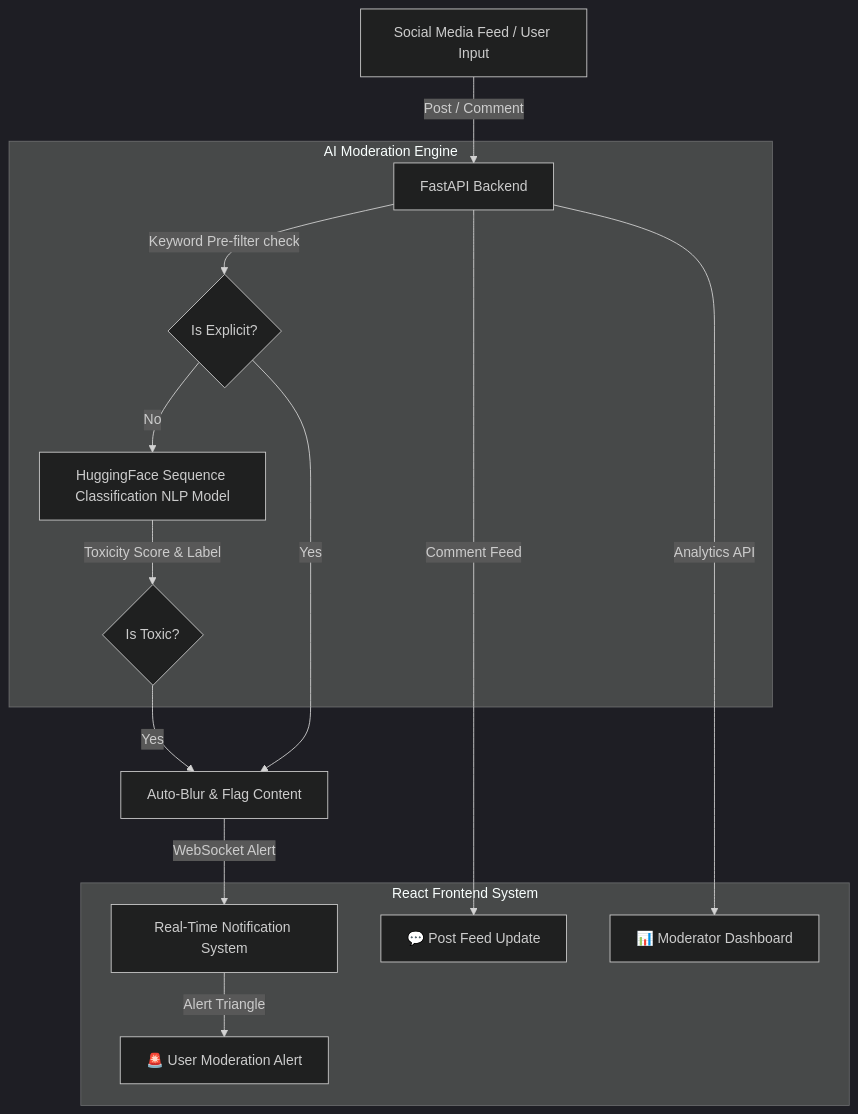
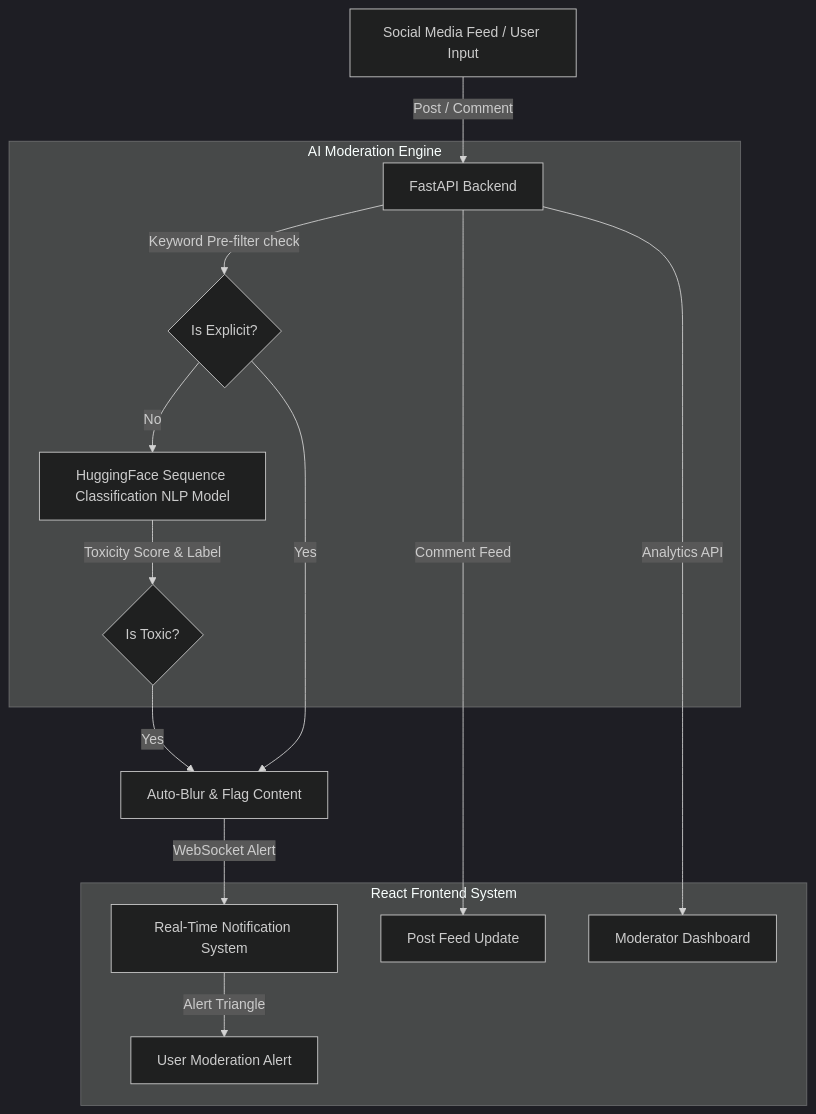
The diagram in README.md (astha1504/Cyberbully-and-toxic-comment-detector), drawn with Mermaid (dark theme) before and after one commit. The commit also changed other lines of this file, not shown here.

````diff
--- a/README.md
+++ b/README.md
@@ -7,21 +7,21 @@
 ```mermaid
 graph TD
     A[Social Media Feed / User Input] -->|Post / Comment| B[FastAPI Backend]
     
     subgraph "AI Moderation Engine"
         B -->|Keyword Pre-filter check| C{Is Explicit?}
         C -->|No| D[HuggingFace Sequence Classification NLP Model]
         D -->|Toxicity Score & Label| E{Is Toxic?}
     end
     
     E -->|Yes| F[Auto-Blur & Flag Content]
     C -->|Yes| F
     
     F -->|WebSocket Alert| G[Real-Time Notification System]
     
     subgraph "React Frontend System"
-        G -->|Alert Triangle| H[🚨 User Moderation Alert]
-        B -->|Comment Feed| I[💬 Post Feed Update]
-        B -->|Analytics API| J[📊 Moderator Dashboard]
+        G -->|Alert Triangle| H[ User Moderation Alert]
+        B -->|Comment Feed| I[ Post Feed Update]
+        B -->|Analytics API| J[Moderator Dashboard]
     end
 ```
````
